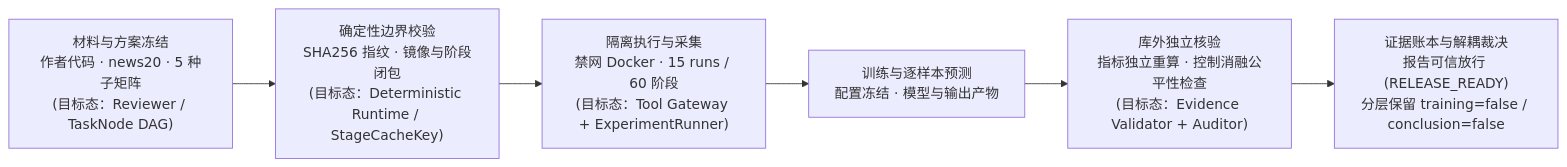
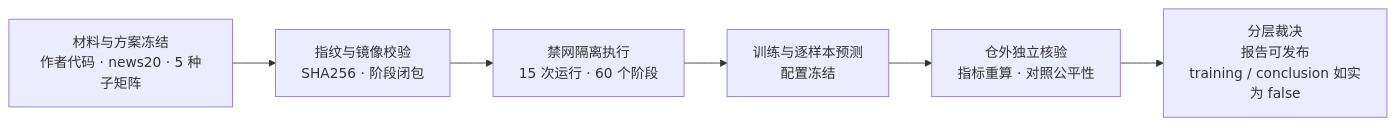
Before and after one commit to Gump111458785/ArtiCheck: the diagram in README.md, drawn with Mermaid. The commit also changed other lines of this file and 1 other file, not shown here.

Commit message:
docs: restructure README around implemented architecture and open-core boundary

````diff
--- a/README.md
+++ b/README.md
@@ -116,8 +195,8 @@
 ```mermaid
 flowchart LR
-    A["材料与方案冻结<br>作者代码 · news20 · 5 种子矩阵<br>(目标态：Reviewer / TaskNode DAG)"] --> B["确定性边界校验<br>SHA256 指纹 · 镜像与阶段闭包<br>(目标态：Deterministic Runtime / StageCacheKey)"]
-    B --> C["隔离执行与采集<br>禁网 Docker · 15 runs / 60 阶段<br>(目标态：Tool Gateway + ExperimentRunner)"]
-    C --> D["训练与逐样本预测<br>配置冻结 · 模型与输出产物"]
-    D --> E["库外独立核验<br>指标独立重算 · 控制消融公平性检查<br>(目标态：Evidence Validator + Auditor)"]
-    E --> F["证据账本与解耦裁决<br>报告可信放行 (RELEASE_READY)<br>分层保留 training=false / conclusion=false"]
+    A["材料与方案冻结<br>作者代码 · news20 · 5 种子矩阵"] --> B["指纹与镜像校验<br>SHA256 · 阶段闭包"]
+    B --> C["禁网隔离执行<br>15 次运行 · 60 个阶段"]
+    C --> D["训练与逐样本预测<br>配置冻结"]
+    D --> E["仓外独立核验<br>指标重算 · 对照公平性"]
+    E --> F["分层裁决<br>报告可发布<br>training / conclusion 如实为 false"]
 ```
````
